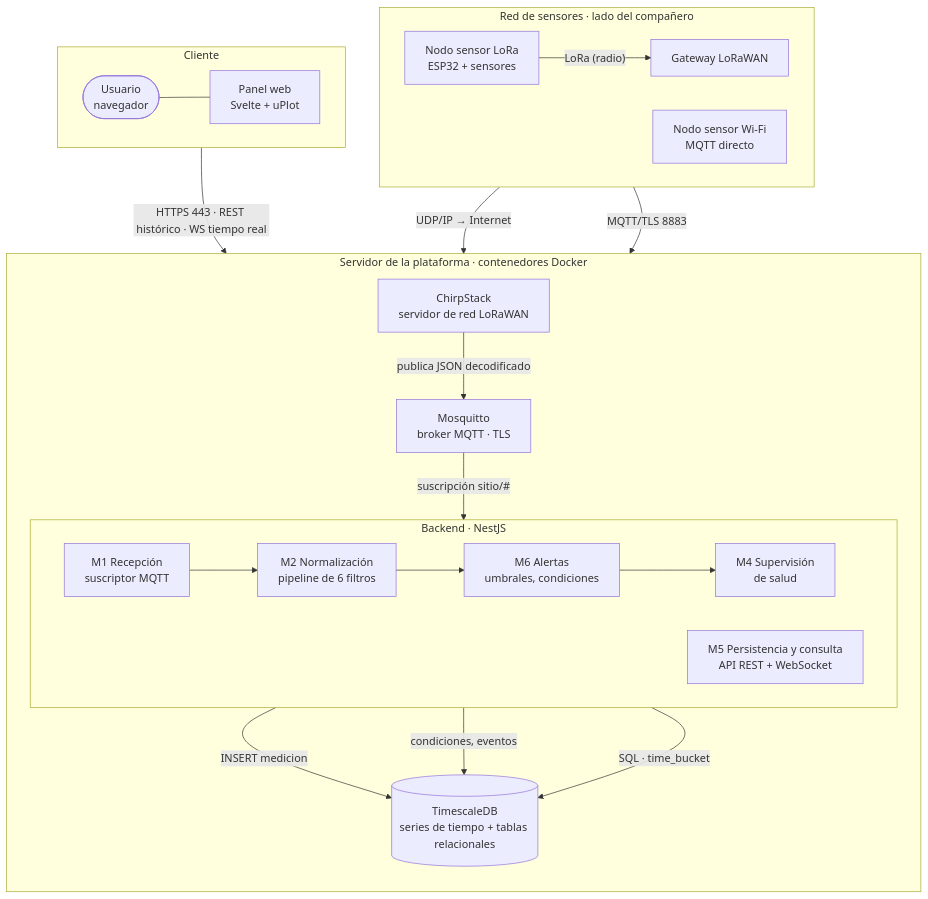
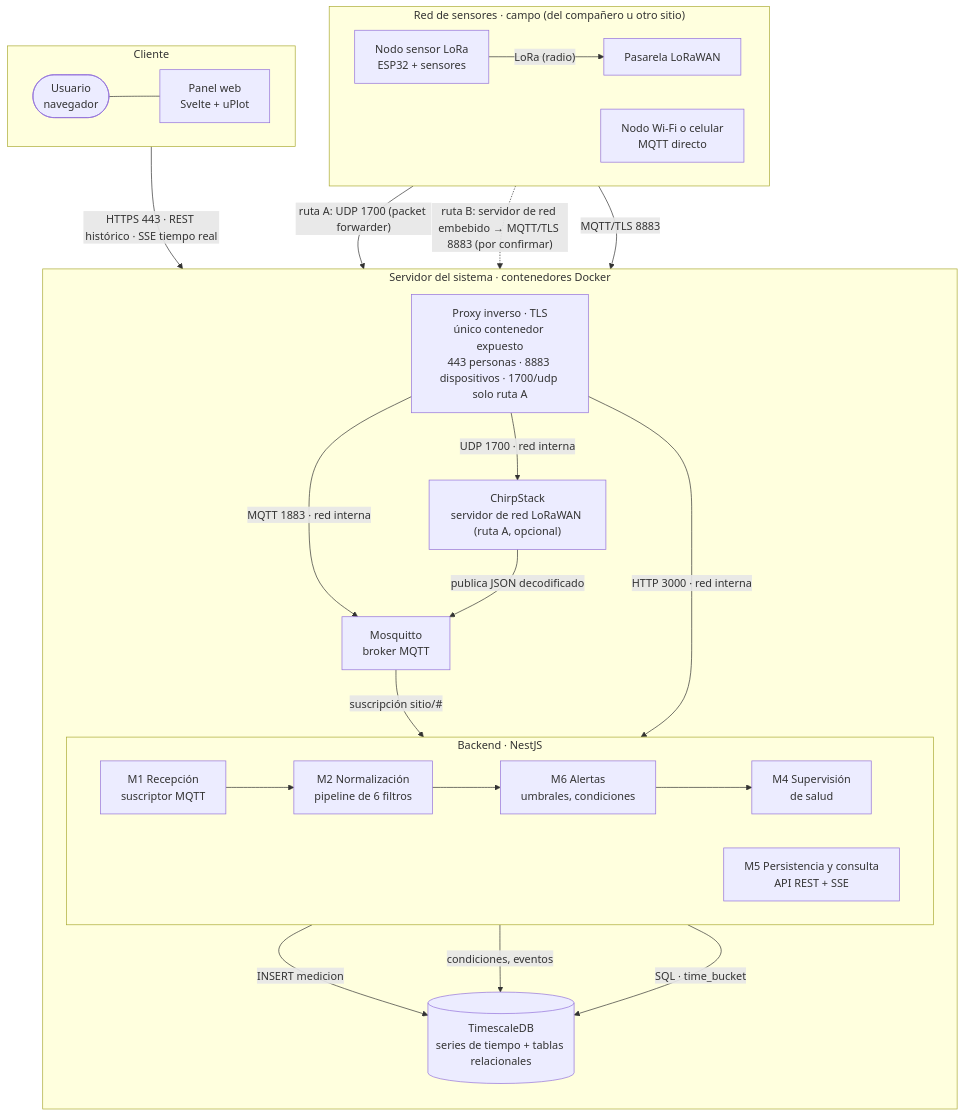
One commit to vicenterami/tesis changed the diagram in informe-oficial/figuras/mermaid/contenedores.mmd. Above: the diagram before and after it, drawn with Mermaid. The commit also changed 8 other files, not shown here.

```diff
--- a/informe-oficial/figuras/mermaid/contenedores.mmd
+++ b/informe-oficial/figuras/mermaid/contenedores.mmd
@@ -1,33 +1,38 @@
 flowchart TB
-    subgraph RED["Red de sensores · lado del compañero"]
+    subgraph RED["Red de sensores · campo (del compañero u otro sitio)"]
         direction LR
-        N1["Nodo sensor LoRa<br/>ESP32 + sensores"] -- "LoRa (radio)" --> GW["Gateway LoRaWAN"]
-        N2["Nodo sensor Wi-Fi<br/>MQTT directo"]
+        N1["Nodo sensor LoRa<br/>ESP32 + sensores"] -- "LoRa (radio)" --> GW["Pasarela LoRaWAN"]
+        N2["Nodo Wi-Fi o celular<br/>MQTT directo"]
     end
 
-    subgraph SRV["Servidor de la plataforma · contenedores Docker"]
+    subgraph SRV["Servidor del sistema · contenedores Docker"]
         direction TB
-        CS["ChirpStack<br/>servidor de red LoRaWAN"]
-        MQ["Mosquitto<br/>broker MQTT · TLS"]
+        RP["Proxy inverso · TLS<br/>único contenedor expuesto<br/>443 personas · 8883 dispositivos · 1700/udp solo ruta A"]
+        CS["ChirpStack<br/>servidor de red LoRaWAN (ruta A, opcional)"]
+        MQ["Mosquitto<br/>broker MQTT"]
         subgraph BE["Backend · NestJS"]
             direction LR
             M1["M1 Recepción<br/>suscriptor MQTT"] --> M2["M2 Normalización<br/>pipeline de 6 filtros"]
             M2 --> M6["M6 Alertas<br/>umbrales, condiciones"] --> M4["M4 Supervisión<br/>de salud"]
-            M5["M5 Persistencia y consulta<br/>API REST + WebSocket"]
+            M5["M5 Persistencia y consulta<br/>API REST + SSE"]
         end
         DB[("TimescaleDB<br/>series de tiempo + tablas relacionales")]
     end
 
     subgraph CLI["Cliente"]
         direction LR
         U(["Usuario<br/>navegador"]) --- FE["Panel web<br/>Svelte + uPlot"]
     end
 
-    GW -- "UDP/IP → Internet" --> CS
+    GW -- "ruta A: UDP 1700 (packet forwarder)" --> RP
+    GW -. "ruta B: servidor de red embebido → MQTT/TLS 8883 (por confirmar)" .-> RP
+    N2 -- "MQTT/TLS 8883" --> RP
+    RP -- "UDP 1700 · red interna" --> CS
+    RP -- "MQTT 1883 · red interna" --> MQ
     CS -- "publica JSON decodificado" --> MQ
-    N2 -- "MQTT/TLS 8883" --> MQ
     MQ -- "suscripción sitio/#" --> M1
     M2 -- "INSERT medicion" --> DB
     M6 -- "condiciones, eventos" --> DB
     M5 -- "SQL · time_bucket" --> DB
-    FE -- "HTTPS 443 · REST histórico · WS tiempo real" --> M5
+    FE -- "HTTPS 443 · REST histórico · SSE tiempo real" --> RP
+    RP -- "HTTP 3000 · red interna" --> M5
```
